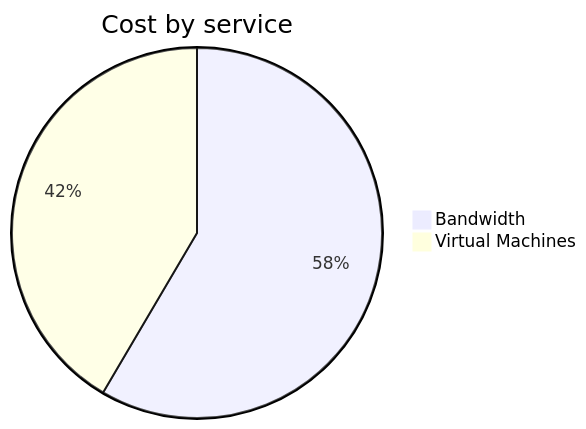
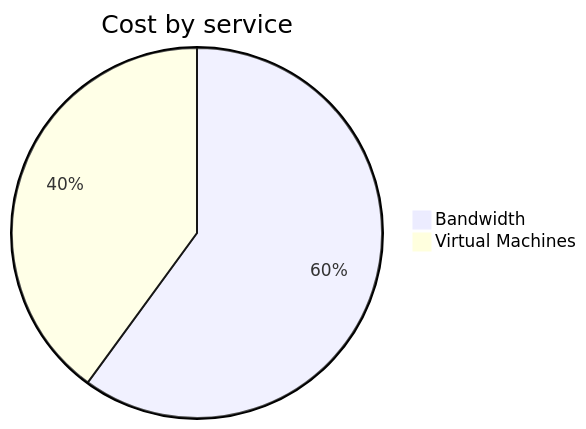
Before and after one commit to jpfulton/azure-personal-reports: the second of 4 diagrams in cost-reports/personal-network/vpn-server.md, drawn with Mermaid. The commit also changed other lines of this file and 9 other files, not shown here.

````diff
--- a/cost-reports/personal-network/vpn-server.md
+++ b/cost-reports/personal-network/vpn-server.md
@@ -66,6 +66,6 @@
 ```mermaid
 pie
    title Cost by service
-   "Bandwidth" : 2.52
-   "Virtual Machines" : 1.79
+   "Bandwidth" : 2.96
+   "Virtual Machines" : 1.97
 ```
````
